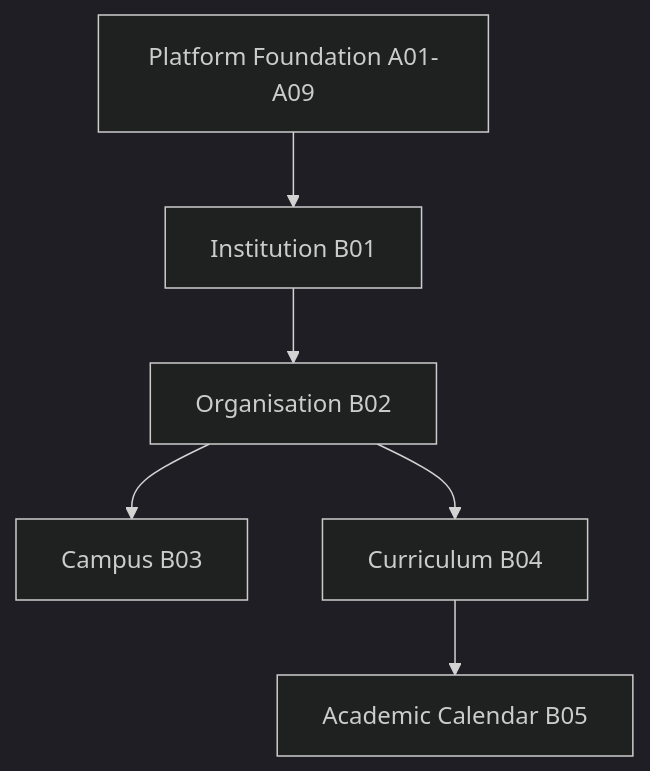
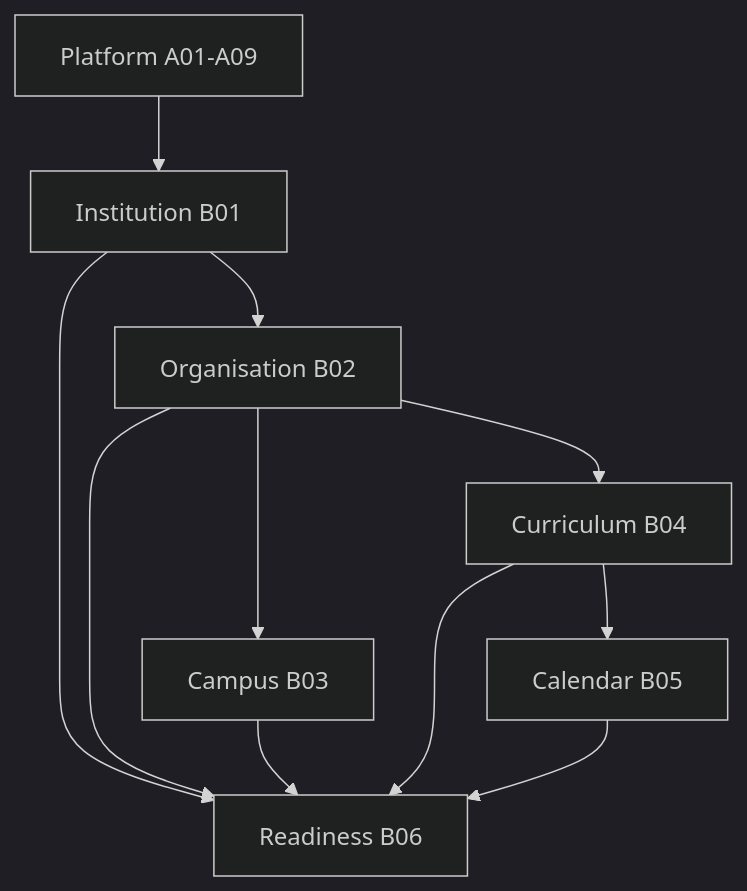
One commit to Varad1604/ERP_hark changed the diagram in architecture/L2_Domain_Workflow_Architecture/section-b/L2-B00_Institution_and_Structure_Review.md. Above: the diagram before and after it, drawn with Mermaid (dark theme). The commit also changed other lines of this file and 39 other files, not shown here.

````diff
--- a/architecture/L2_Domain_Workflow_Architecture/section-b/L2-B00_Institution_and_Structure_Review.md
+++ b/architecture/L2_Domain_Workflow_Architecture/section-b/L2-B00_Institution_and_Structure_Review.md
@@ -163,8 +213,13 @@
 ```mermaid
 graph TD
-    A[Platform Foundation A01-A09] --> B01[Institution B01]
+    A[Platform A01-A09] --> B01[Institution B01]
     B01 --> B02[Organisation B02]
     B02 --> B03[Campus B03]
     B02 --> B04[Curriculum B04]
-    B04 --> B05[Academic Calendar B05]
+    B04 --> B05[Calendar B05]
+    B01 --> B06[Readiness B06]
+    B02 --> B06
+    B03 --> B06
+    B04 --> B06
+    B05 --> B06
 ```
````
